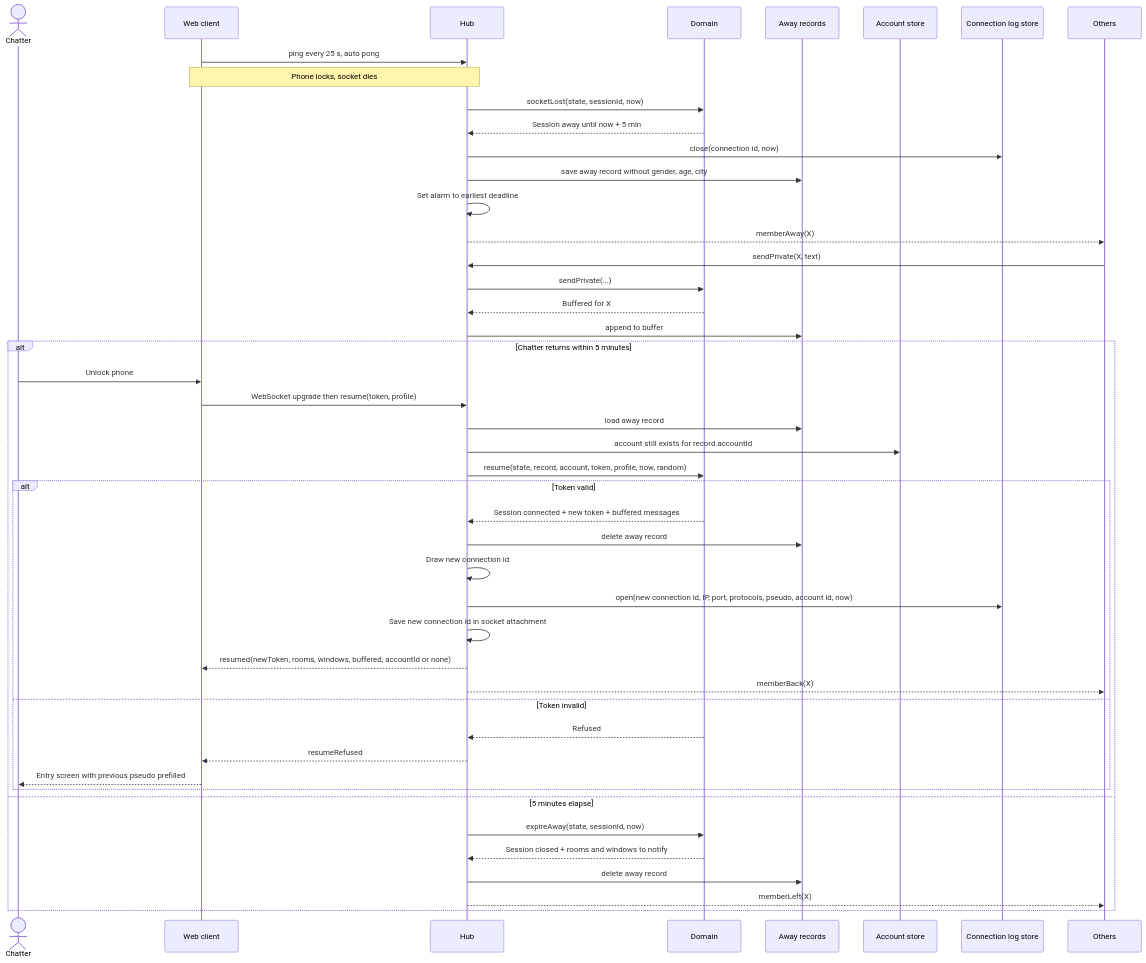
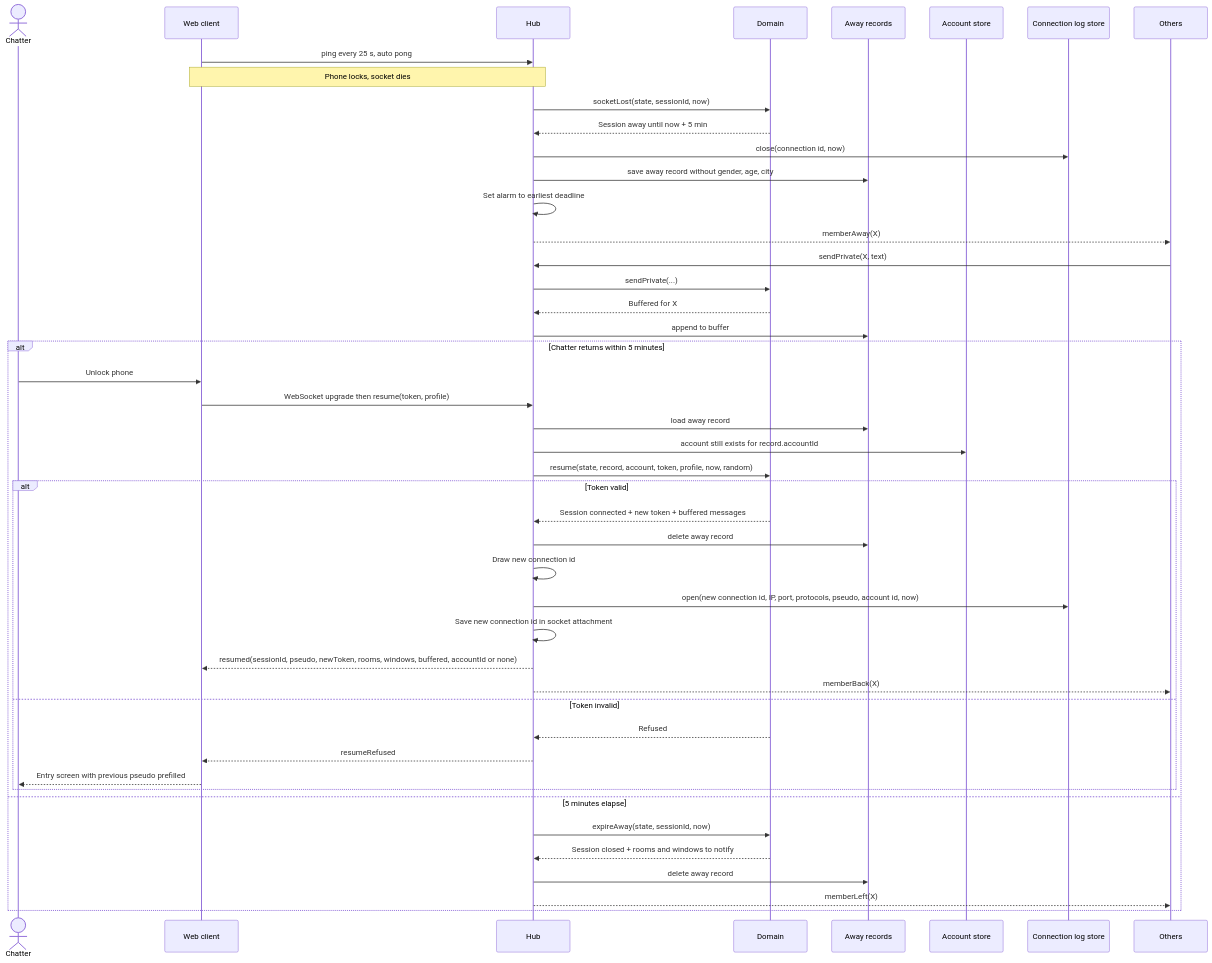
The diagram in docs/architecture/diagrams/entry/02b-sequence-resume-after-disconnect.md (benoit-bremaud/asv), drawn with Mermaid before and after one commit. The commit also changed 14 other files, not shown here.

````diff
--- a/docs/architecture/diagrams/entry/02b-sequence-resume-after-disconnect.md
+++ b/docs/architecture/diagrams/entry/02b-sequence-resume-after-disconnect.md
@@ -15,48 +15,48 @@
 ```mermaid
 sequenceDiagram
   actor C as Chatter
   participant W as Web client
   participant H as Hub
   participant D as Domain
   participant AS as Away records
   participant ACC as Account store
   participant LS as Connection log store
   participant O as Others
   W->>H: ping every 25 s, auto pong
   Note over W,H: Phone locks, socket dies
   H->>D: socketLost(state, sessionId, now)
   D-->>H: Session away until now + 5 min
   H->>LS: close(connection id, now)
   H->>AS: save away record without gender, age, city
   H->>H: Set alarm to earliest deadline
   H-->>O: memberAway(X)
   O->>H: sendPrivate(X, text)
   H->>D: sendPrivate(...)
   D-->>H: Buffered for X
   H->>AS: append to buffer
   alt Chatter returns within 5 minutes
     C->>W: Unlock phone
     W->>H: WebSocket upgrade then resume(token, profile)
     H->>AS: load away record
     H->>ACC: account still exists for record.accountId
     H->>D: resume(state, record, account, token, profile, now, random)
     alt Token valid
       D-->>H: Session connected + new token + buffered messages
       H->>AS: delete away record
       H->>H: Draw new connection id
       H->>LS: open(new connection id, IP, port, protocols, pseudo, account id, now)
       H->>H: Save new connection id in socket attachment
-      H-->>W: resumed(newToken, rooms, windows, buffered, accountId or none)
+      H-->>W: resumed(sessionId, pseudo, newToken, rooms, windows, buffered, accountId or none)
       H-->>O: memberBack(X)
     else Token invalid
       D-->>H: Refused
       H-->>W: resumeRefused
       W-->>C: Entry screen with previous pseudo prefilled
     end
   else 5 minutes elapse
     H->>D: expireAway(state, sessionId, now)
     D-->>H: Session closed + rooms and windows to notify
     H->>AS: delete away record
     H-->>O: memberLeft(X)
   end
 ```
````
